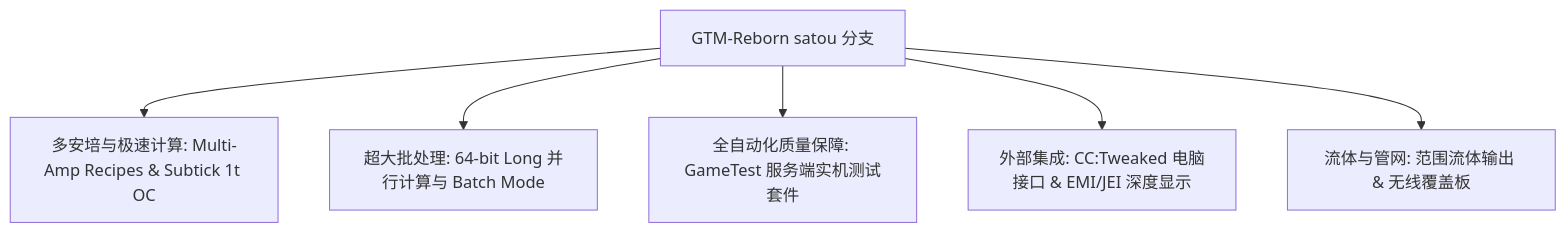
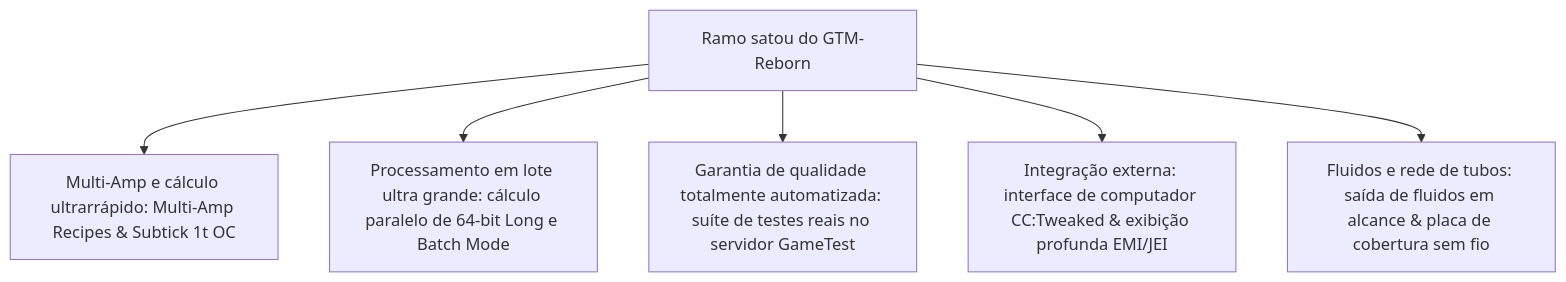
The diagram in docs/pt/gtm-reborn/index.md (takanashisatou/GregtechEasy-Docs), drawn with Mermaid before and after one commit. The commit also changed other lines of this file and 9 other files, not shown here.

````diff
--- a/docs/pt/gtm-reborn/index.md
+++ b/docs/pt/gtm-reborn/index.md
@@ -11,8 +11,8 @@
 ```mermaid
 graph TD
-    A[GTM-Reborn satou 分支] --> B[多安培与极速计算: Multi-Amp Recipes & Subtick 1t OC]
-    A --> C[超大批处理: 64-bit Long 并行计算与 Batch Mode]
-    A --> D[全自动化质量保障: GameTest 服务端实机测试套件]
-    A --> E[外部集成: CC:Tweaked 电脑接口 & EMI/JEI 深度显示]
-    A --> F[流体与管网: 范围流体输出 & 无线覆盖板]
+    A[Ramo satou do GTM-Reborn] --> B[Multi-Amp e cálculo ultrarrápido: Multi-Amp Recipes & Subtick 1t OC]
+    A --> C[Processamento em lote ultra grande: cálculo paralelo de 64-bit Long e Batch Mode]
+    A --> D[Garantia de qualidade totalmente automatizada: suíte de testes reais no servidor GameTest]
+    A --> E[Integração externa: interface de computador CC:Tweaked & exibição profunda EMI/JEI]
+    A --> F[Fluidos e rede de tubos: saída de fluidos em alcance & placa de cobertura sem fio]
 ```
````
